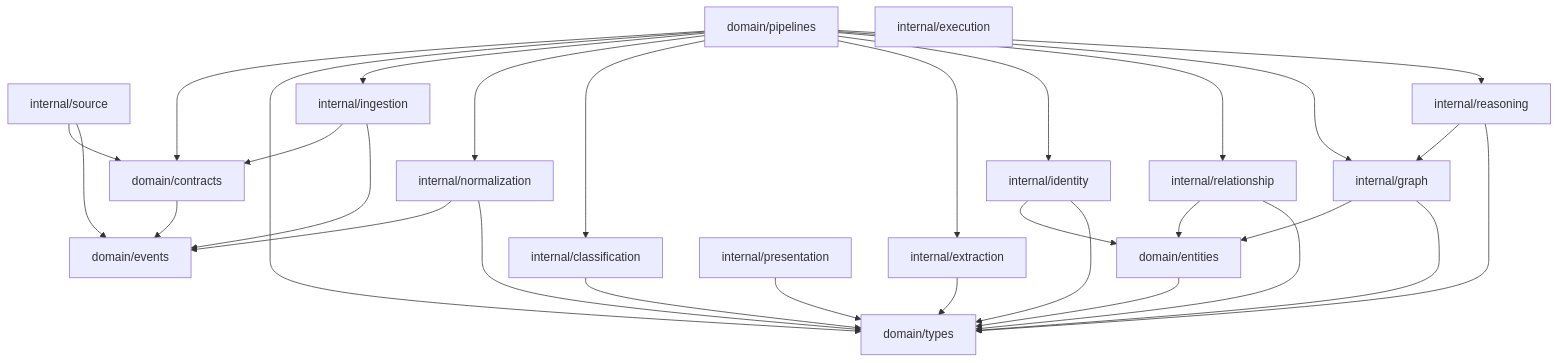
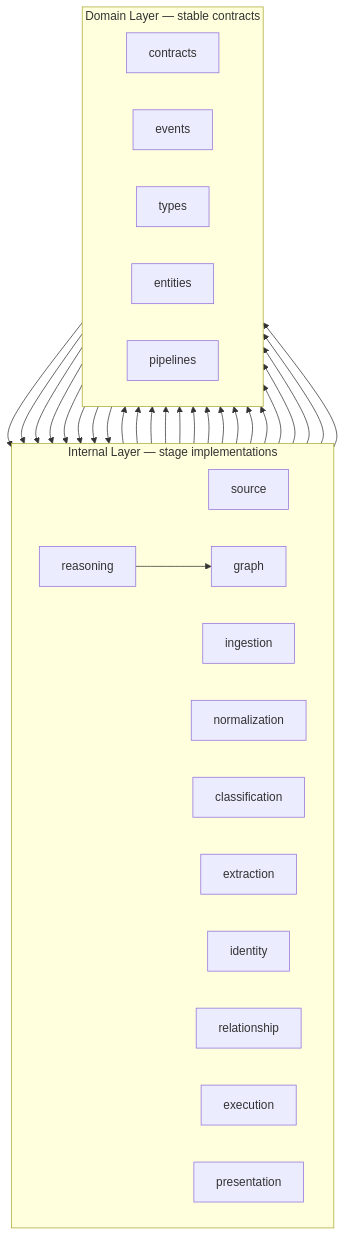
One commit to sx-tane/context-os changed the third of 4 diagrams in docs/ARCHITECTURE.md. Above: the diagram before and after it, drawn with Mermaid. The commit also changed other lines of this file and 9 other files, not shown here.

Commit message:
refactor: Update architecture diagrams and documentation for clarity and consistency

````diff
--- a/docs/ARCHITECTURE.md
+++ b/docs/ARCHITECTURE.md
@@ -96,51 +112,52 @@
 ```mermaid
 flowchart TD
-  contracts[domain/contracts]
-  events[domain/events]
-  types[domain/types]
-  entities[domain/entities]
-  pipeline[domain/pipelines]
+  subgraph INT[Internal Layer — stage implementations]
+    direction LR
+    source[source]
+    ingestion[ingestion]
+    normalization[normalization]
+    classification[classification]
+    extraction[extraction]
+    identity[identity]
+    relationship[relationship]
+    ctxgraph[graph]
+    reasoning[reasoning]
+    execution[execution]
+    presentation[presentation]
+  end
 
-  source[internal/source]
-  ingestion[internal/ingestion]
-  normalization[internal/normalization]
-  classification[internal/classification]
-  extraction[internal/extraction]
-  identity[internal/identity]
-  relationship[internal/relationship]
-  ctxgraph[internal/graph]
-  reasoning[internal/reasoning]
-  execution[internal/execution]
-  presentation[internal/presentation]
-
-  contracts --> events
-  entities --> types
-  pipeline --> contracts
-  pipeline --> types
+  subgraph DOM[Domain Layer — stable contracts]
+    direction LR
+    contracts[contracts]
+    events[events]
+    types[types]
+    entities[entities]
+    pipeline[pipelines]
+  end
 
   source --> contracts
   source --> events
   ingestion --> contracts
   ingestion --> events
   normalization --> events
   normalization --> types
   classification --> types
   extraction --> types
   identity --> entities
   identity --> types
   relationship --> entities
   relationship --> types
   ctxgraph --> entities
   ctxgraph --> types
   reasoning --> ctxgraph
   reasoning --> types
   presentation --> types
   pipeline --> ingestion
   pipeline --> normalization
   pipeline --> classification
   pipeline --> extraction
   pipeline --> identity
   pipeline --> relationship
   pipeline --> ctxgraph
   pipeline --> reasoning
 ```
````
